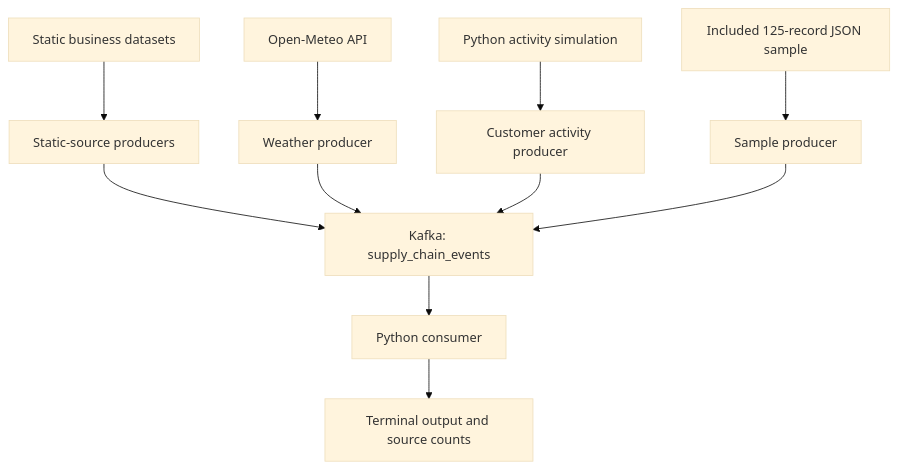
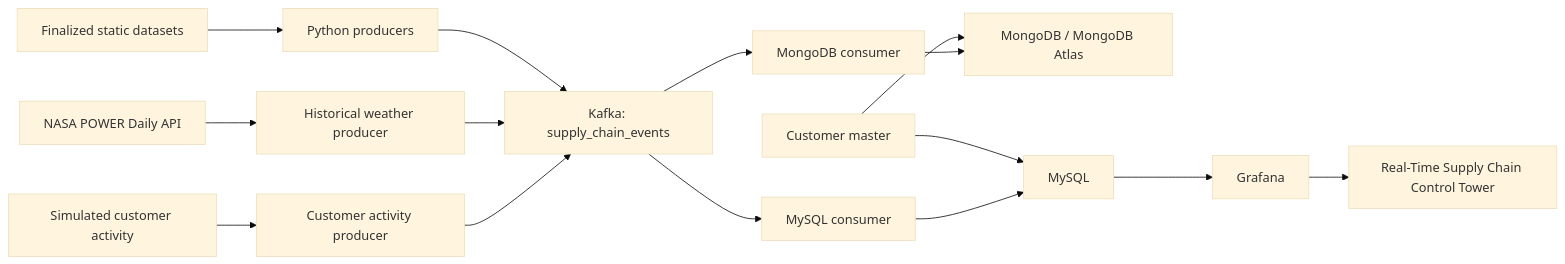
The diagram in README.md (blaze2310/sda-supply-chain), drawn with Mermaid (base theme) before and after one commit. The commit also changed other lines of this file, not shown here.

````diff
--- a/README.md
+++ b/README.md
@@ -64,15 +34,22 @@
 ```mermaid
-flowchart TD
-    A["Static business datasets"] --> B["Static-source producers"]
-    C["Open-Meteo API"] --> D["Weather producer"]
-    E["Python activity simulation"] --> F["Customer activity producer"]
-    G["Included 125-record JSON sample"] --> H["Sample producer"]
+flowchart LR
+    A["Finalized static datasets"] --> P["Python producers"]
+    B["NASA POWER Daily API"] --> W["Historical weather producer"]
+    C["Simulated customer activity"] --> CA["Customer activity producer"]
 
-    B --> K["Kafka: supply_chain_events"]
-    D --> K
-    F --> K
-    H --> K
+    P --> K["Kafka: supply_chain_events"]
+    W --> K
+    CA --> K
 
-    K --> L["Python consumer"]
-    L --> M["Terminal output and source counts"]
+    K --> M["MongoDB consumer"]
+    K --> S["MySQL consumer"]
+
+    CM["Customer master"] --> MDB["MongoDB / MongoDB Atlas"]
+    CM --> MYSQL["MySQL"]
+
+    M --> MDB
+    S --> MYSQL
+
+    MYSQL --> G["Grafana"]
+    G --> D["Real-Time Supply Chain Control Tower"]
 ```
````
